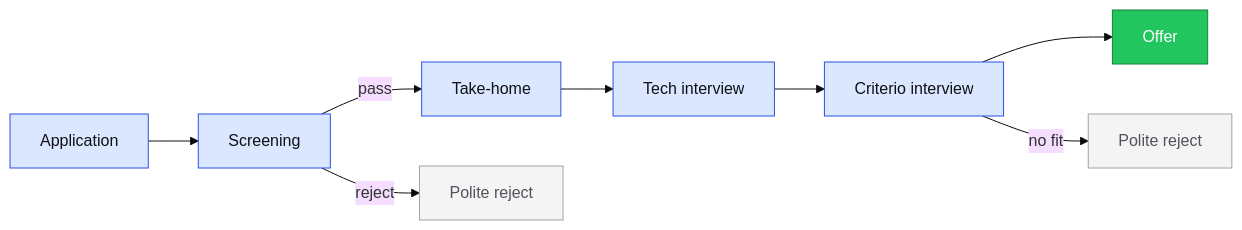
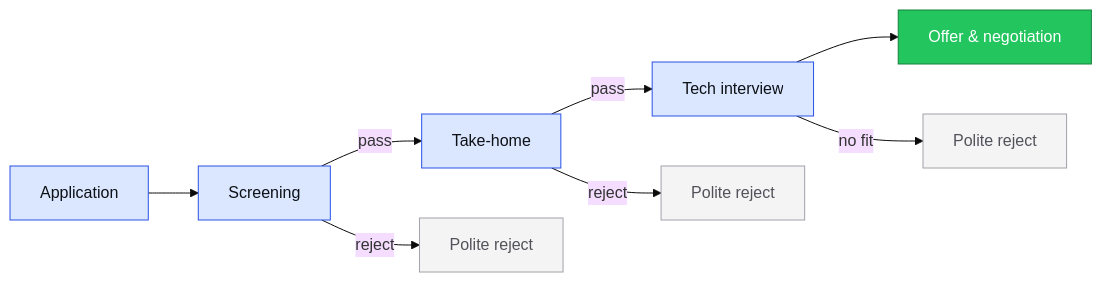
One commit to Tailor-Mind/tm-team-pub changed the diagram in diagrams/hiring-funnel.mmd. Above: the diagram before and after it, drawn with Mermaid (base theme). The commit also changed 18 other files, not shown here.

```diff
--- a/diagrams/hiring-funnel.mmd
+++ b/diagrams/hiring-funnel.mmd
@@ -1,12 +1,12 @@
 flowchart LR
   A[Application]:::stage --> B[Screening]:::stage
   B -->|pass| C[Take-home]:::stage
   B -->|reject| X1[Polite reject]:::reject
-  C --> D[Tech interview]:::stage
-  D --> E[Criterio interview]:::stage
-  E --> F[Offer]:::offer
-  E -->|no fit| X2[Polite reject]:::reject
+  C -->|pass| D[Tech interview]:::stage
+  C -->|reject| X2[Polite reject]:::reject
+  D --> E[Offer & negotiation]:::offer
+  D -->|no fit| X3[Polite reject]:::reject
 
   classDef stage fill:#dbe7ff,stroke:#2851e6,color:#0e1116;
   classDef reject fill:#f4f4f5,stroke:#a1a1aa,color:#52525b;
   classDef offer fill:#22c55e,stroke:#15803d,color:#ffffff;
```
